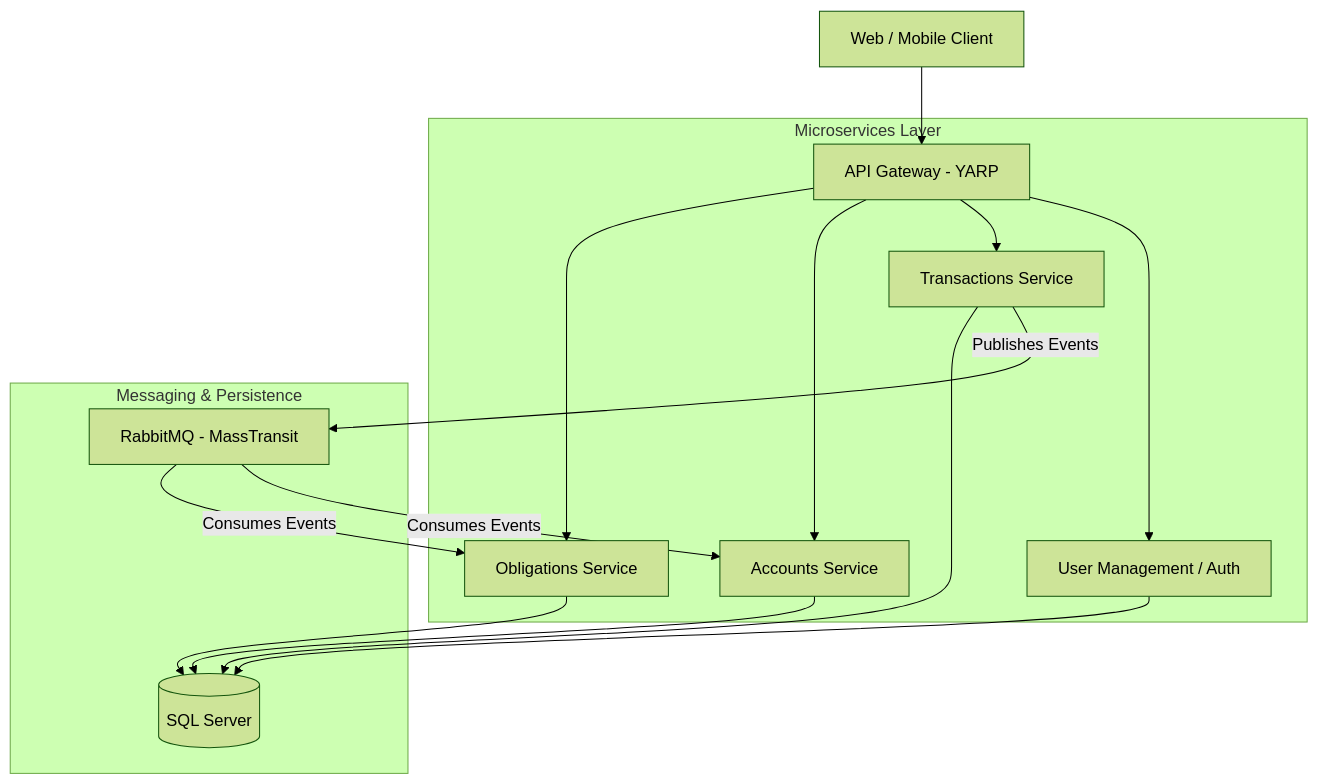
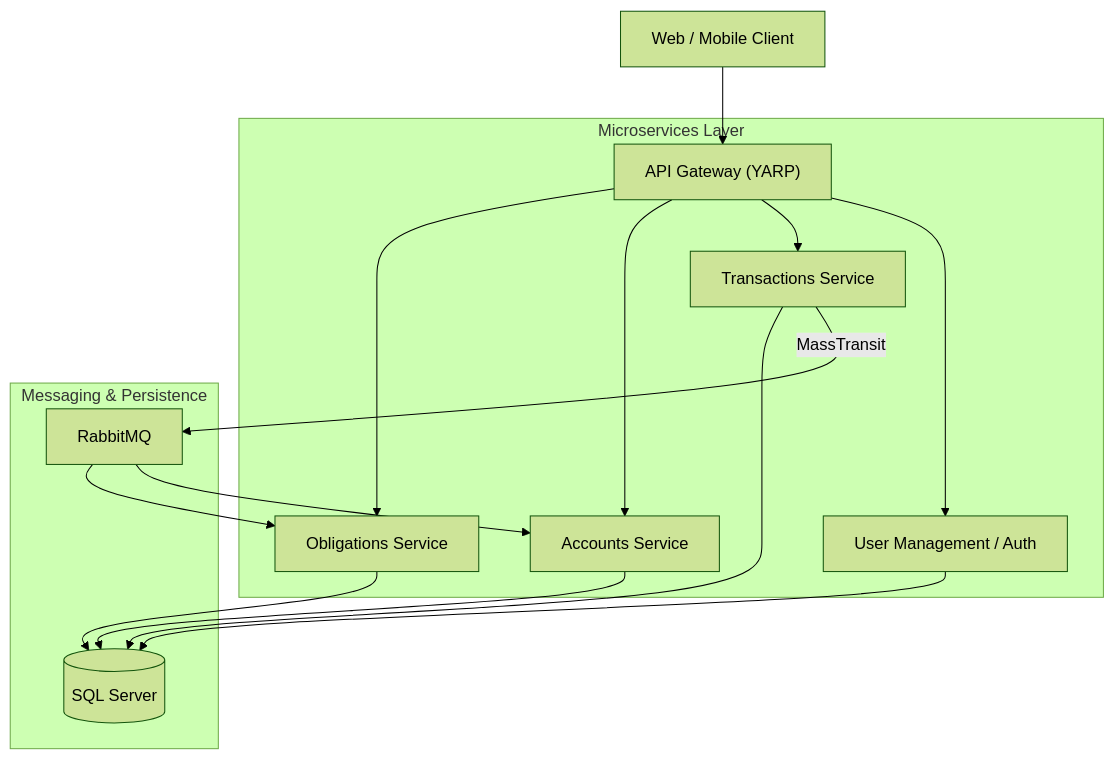
The diagram in README.md (shuttergeek1928/personal-finance-app), drawn with Mermaid (forest theme) before and after one commit. The commit also changed other lines of this file, not shown here.

````diff
--- a/README.md
+++ b/README.md
@@ -17,22 +16,22 @@
 ```mermaid
 graph TD
-    Client["Web / Mobile Client"] --> Gateway["API Gateway - YARP"]
+    Client["Web / Mobile Client"] --> Gateway["API Gateway (YARP)"]
     
     subgraph "Microservices Layer"
         Gateway --> AuthSvc["User Management / Auth"]
         Gateway --> TransSvc["Transactions Service"]
         Gateway --> AccSvc["Accounts Service"]
         Gateway --> OblSvc["Obligations Service"]
     end
 
     subgraph "Messaging & Persistence"
-        TransSvc -- "Publishes Events" --> RMQ["RabbitMQ - MassTransit"]
-        RMQ -- "Consumes Events" --> AccSvc
-        RMQ -- "Consumes Events" --> OblSvc
+        TransSvc -- "MassTransit" --> RMQ["RabbitMQ"]
+        RMQ --> AccSvc
+        RMQ --> OblSvc
         
         AuthSvc --> DB[("SQL Server")]
         TransSvc --> DB
         AccSvc --> DB
         OblSvc --> DB
     end
 ```
````
